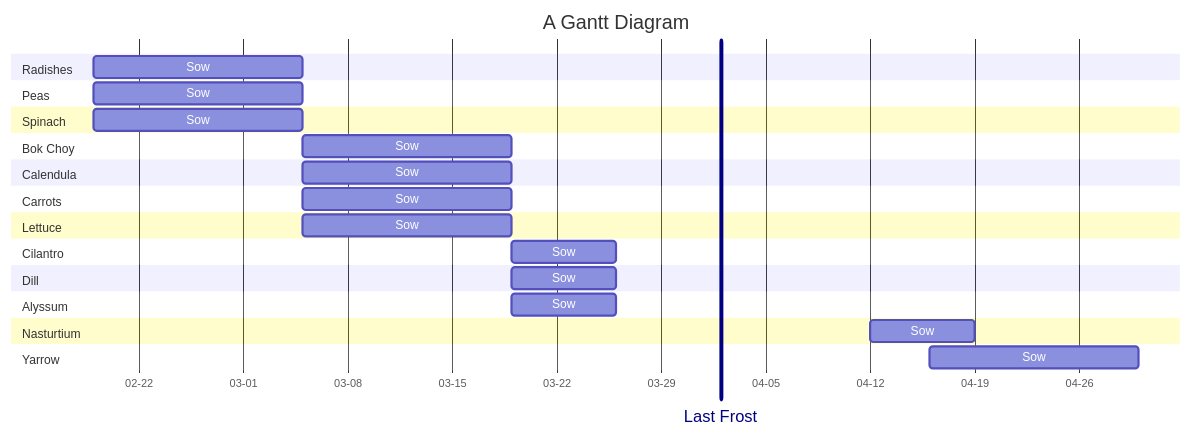
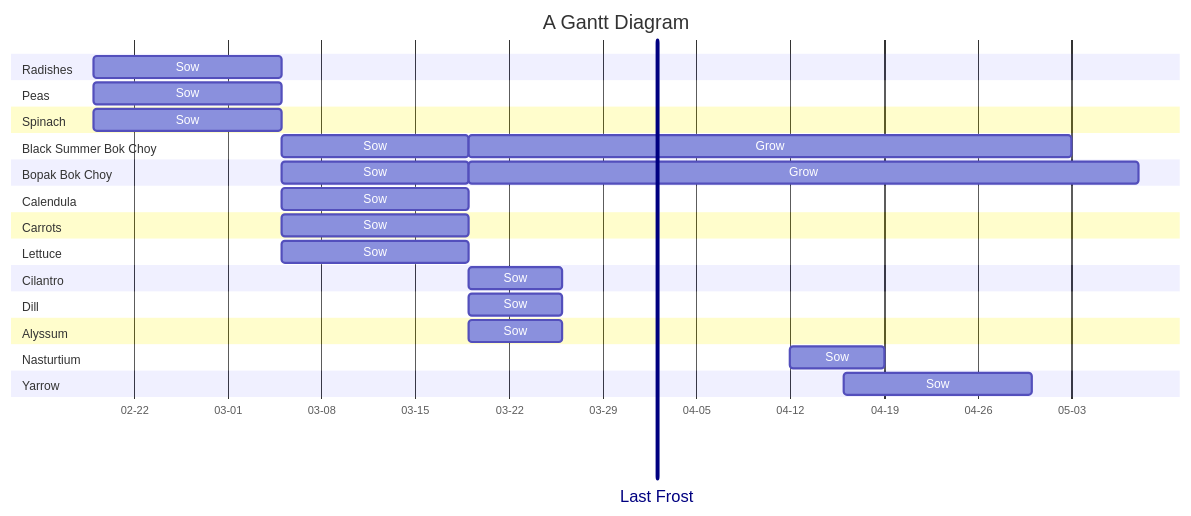
Before and after one commit to bjenning04/foam: the diagram in 2026-planting-schedule.md, drawn with Mermaid.

Commit message:
Feb 21, 2026, 8:57 PM

````diff
--- a/2026-planting-schedule.md
+++ b/2026-planting-schedule.md
@@ -3,34 +3,38 @@
 ```mermaid
 ---
 displayMode: compact
 ---
 gantt
     title A Gantt Diagram
     dateFormat YYYY-MM-DD
     axisFormat %m-%d
     Last Frost: vert, v1, 2026-04-02,
     Section Radishes
         Sow: 2026-02-19, 14d
     Section Peas
         Sow: 2026-02-19, 14d
     Section Spinach
         Sow: 2026-02-19, 14d
-    Section Bok Choy
+    Section Black Summer Bok Choy
         Sow: 2026-03-05, 14d
+        Grow: 2026-03-19, 45d
+    Section Bopak Bok Choy
+        Sow: 2026-03-05, 14d
+        Grow: 2026-03-19, 50d
     Section Calendula
         Sow: 2026-03-05, 14d
     Section Carrots
         Sow: 2026-03-05, 14d
     Section Lettuce
         Sow: 2026-03-05, 14d
     Section Cilantro
         Sow: 2026-03-19, 7d
     Section Dill
         Sow: 2026-03-19, 7d
     Section Alyssum
         Sow: 2026-03-19, 7d
     Section Nasturtium
         Sow: 2026-04-12, 7d
     Section Yarrow
         Sow: 2026-04-16, 14d
 ```
````
